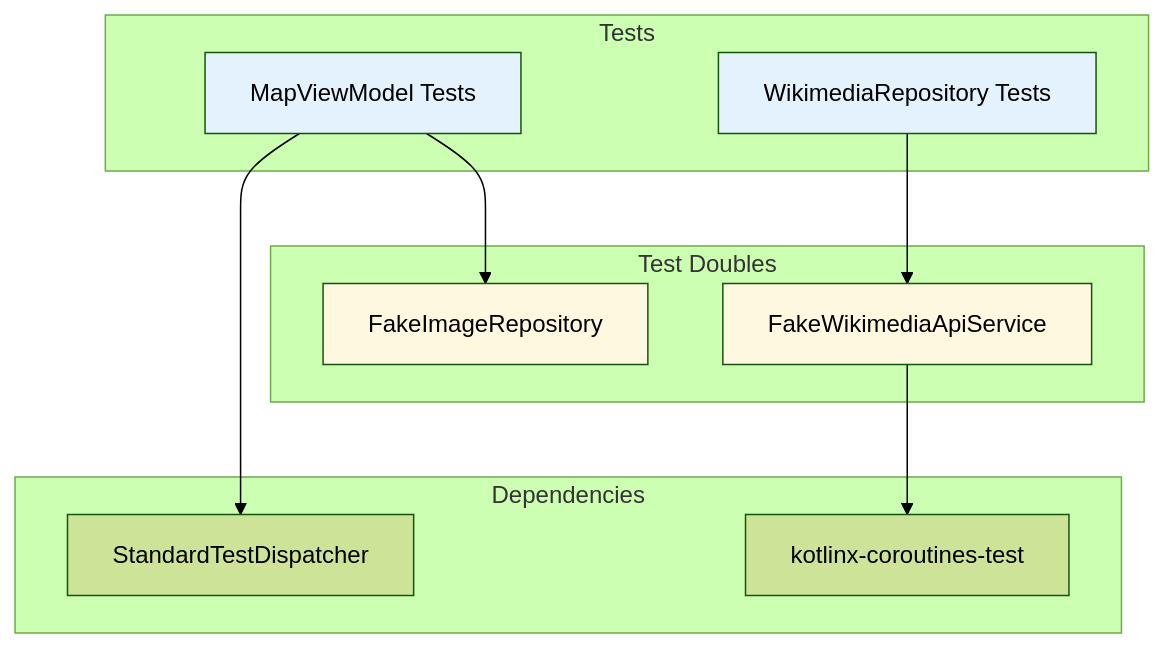
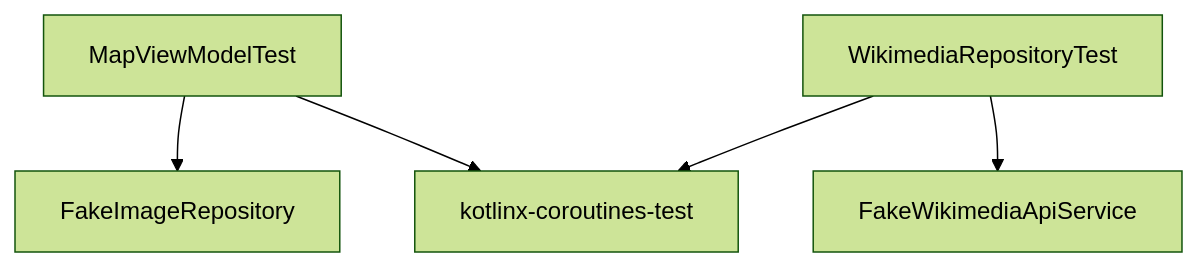
Before and after one commit to duchangyu/mapbox-wikimedia-explorer: the sixth of 6 diagrams in ARCHITECTURE.md, drawn with Mermaid (forest theme). The commit also changed other lines of this file, not shown here.

Commit message:
Update architecture documentation

````diff
--- a/ARCHITECTURE.md
+++ b/ARCHITECTURE.md
@@ -211,27 +200,7 @@
 ```mermaid
 graph TD
-    subgraph Tests
-        A["MapViewModel Tests"]
-        B["WikimediaRepository Tests"]
-    end
-
-    subgraph Test Doubles
-        C["FakeImageRepository"]
-        D["FakeWikimediaApiService"]
-    end
-
-    subgraph Dependencies
-        E["kotlinx-coroutines-test"]
-        F["StandardTestDispatcher"]
-    end
-
-    A --> C
-    B --> D
-    A --> F
-    D --> E
-
-    style A fill:#e3f2fd
-    style B fill:#e3f2fd
-    style C fill:#fff8e1
-    style D fill:#fff8e1
+    A["MapViewModelTest"] --> B["FakeImageRepository"]
+    C["WikimediaRepositoryTest"] --> D["FakeWikimediaApiService"]
+    A --> E["kotlinx-coroutines-test"]
+    C --> E
 ```
````
